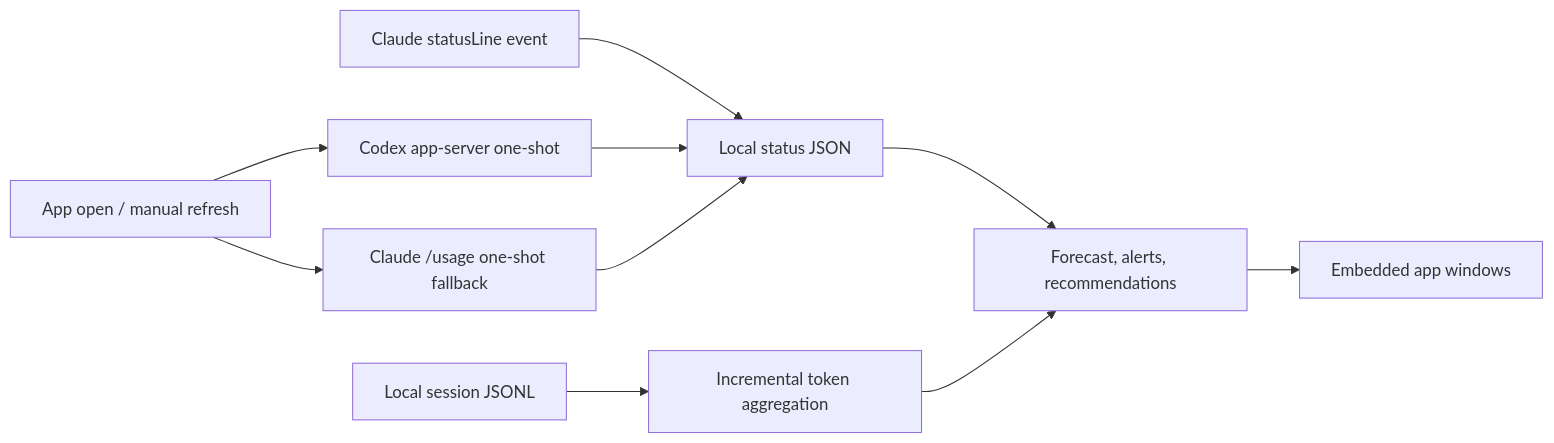
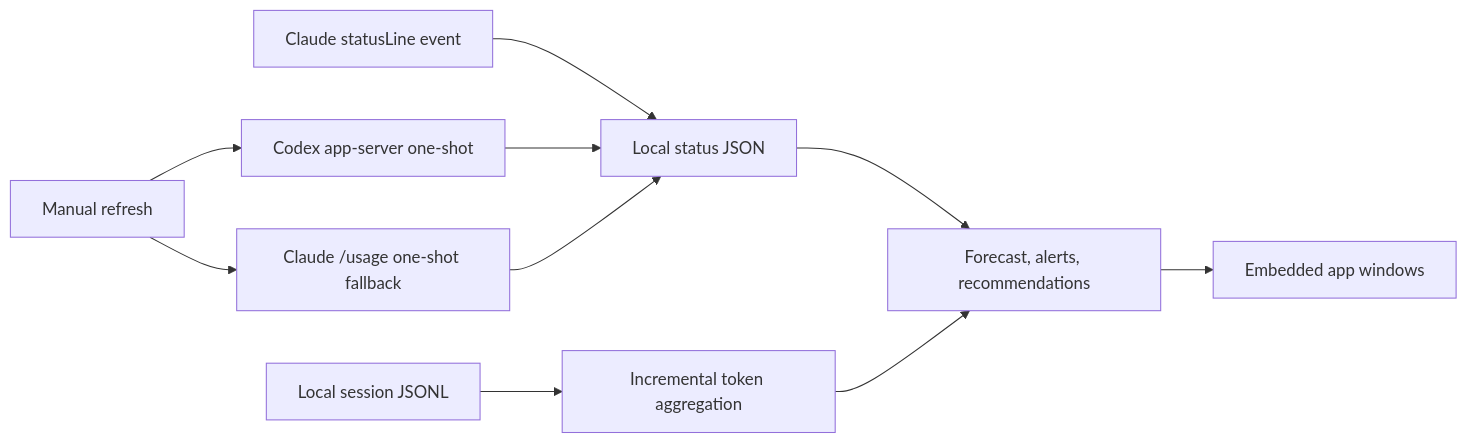
One commit to Kyuhan1230/ai-usage-monitor changed the diagram in README.md. Above: the diagram before and after it, drawn with Mermaid. The commit also changed other lines of this file and 71 other files, not shown here.

````diff
--- a/README.md
+++ b/README.md
@@ -113,12 +138,12 @@
 ```mermaid
 flowchart LR
-    A["App open / manual refresh"] --> B["Codex app-server one-shot"]
+    A["Manual refresh"] --> B["Codex app-server one-shot"]
     A --> C["Claude /usage one-shot fallback"]
     D["Claude statusLine event"] --> E["Local status JSON"]
     B --> E
     C --> E
     F["Local session JSONL"] --> G["Incremental token aggregation"]
     E --> H["Forecast, alerts, recommendations"]
     G --> H
     H --> I["Embedded app windows"]
 ```
````
